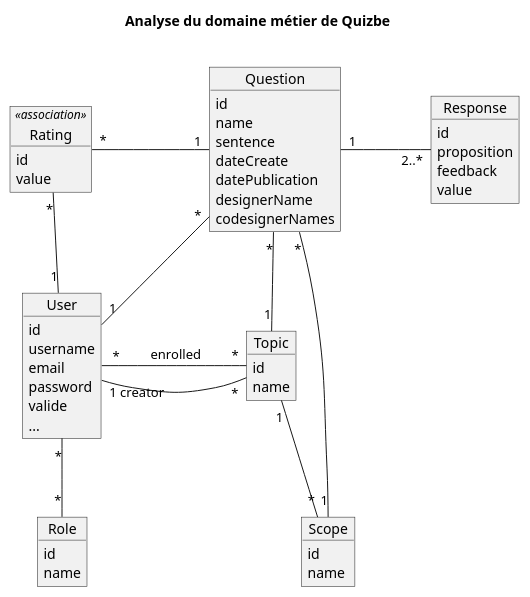
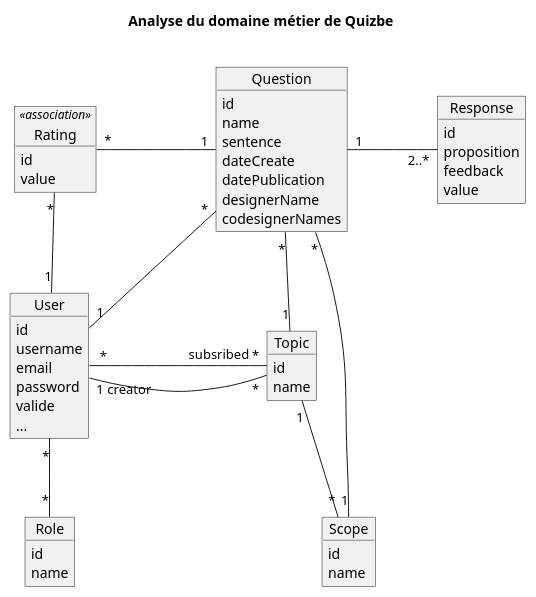
One commit to ocapuozzo/quizbe changed the diagram in docs/analyse.puml. Above: the diagram before and after it, drawn with PlantUML. The commit also changed 10 other files, not shown here.

```diff
--- a/docs/analyse.puml
+++ b/docs/analyse.puml
@@ -1,63 +1,63 @@
 @startuml
 ' https://plantuml.com/fr/class-diagram
 title Analyse du domaine métier de Quizbe\n
 
 Object Scope {
 id
 name
 }
 
 Object Topic {
 id
 name
 }
 
 Object Response {
 id
 proposition
 feedback
 value
 }
 
 Object Rating <<association>>{
 id
 value
 }
 
 Object Question{
 id
 name
 sentence
 dateCreate
 datePublication
 designerName
 codesignerNames
 }
 
 Object User{
 id
 username
 email
 password
 valide
 ...
 }
 
 Object Role {
 id
 name
 }
 
 
 User "*" -- "*" Role:"\t\t\t\t"
+User " *" - "*" Topic:"\t\t\tsubsribed"
 User "1 creator" - "*" Topic:"\t\t\t"
-User " *" - "*" Topic:" \t enrolled\t\t"
 Question "1" - "2..*" Response:"\t\t"
 Question "*" -- "1" Scope
 Question "*" -- "1" Topic
 Question "*" -- "1" User
 Rating "*" - "1" Question:"\t\t\t"
 Rating "*" -- "1" User
 Topic "1" -- "*" Scope
 
 @enduml
```
